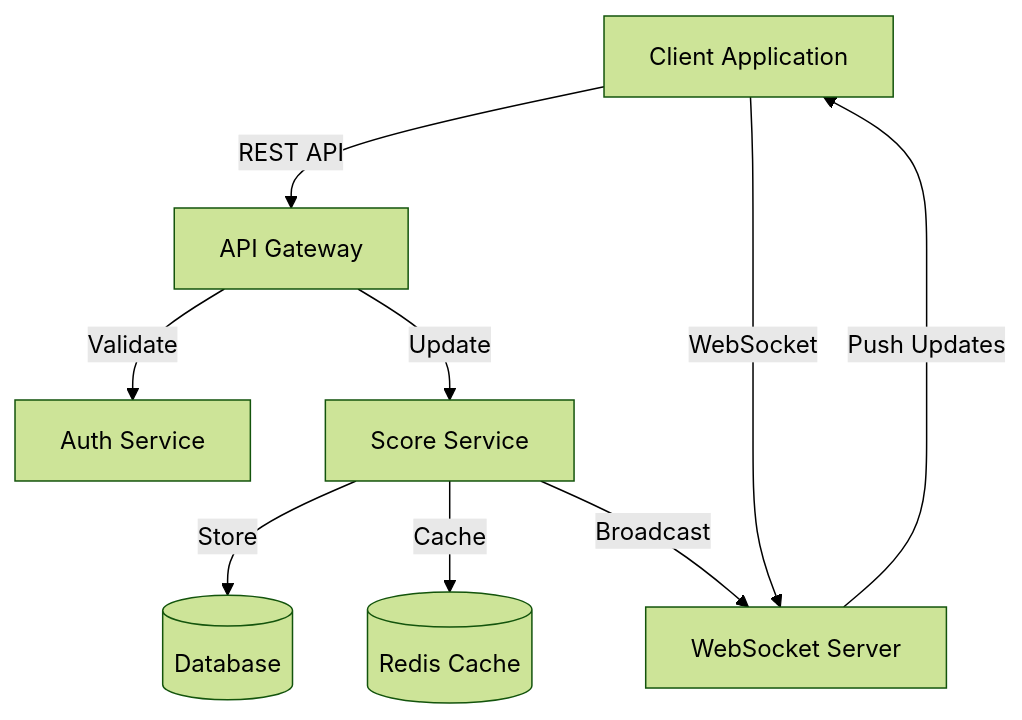
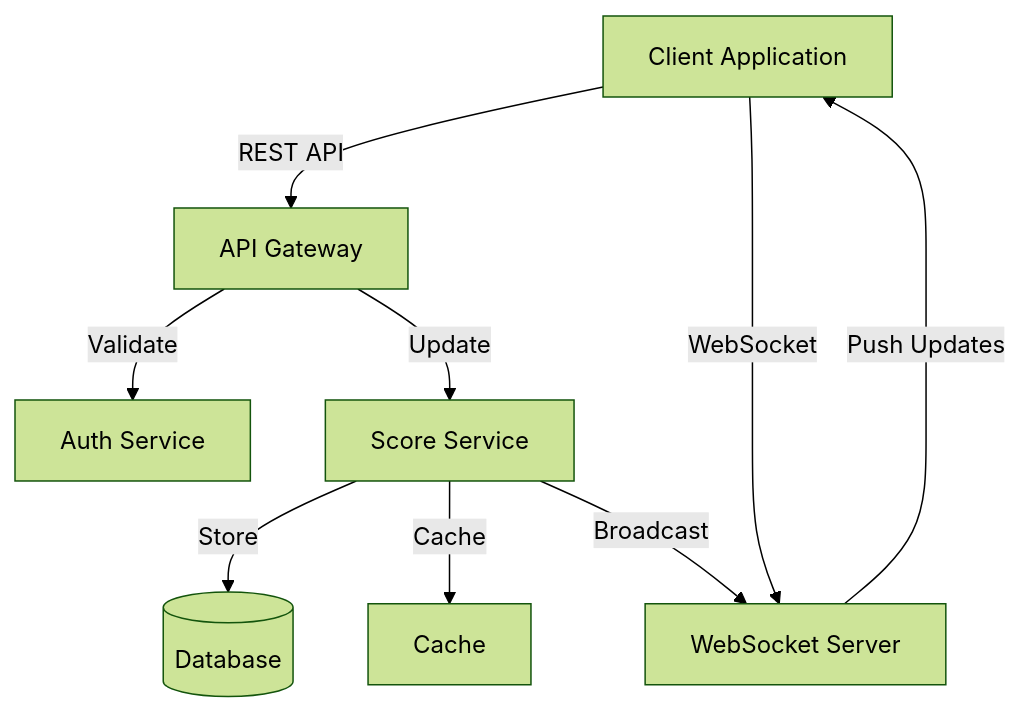
The second of 2 diagrams in src/problem6/readme.md (hotai1806/HoTanTai), drawn with Mermaid (forest theme) before and after one commit. The commit also changed other lines of this file, not shown here.

Commit message:
[Update] remove Redis in architect and add TODO solve problem

````diff
--- a/src/problem6/readme.md
+++ b/src/problem6/readme.md
@@ -212,19 +212,19 @@
 ```mermaid
 flowchart TB
     Client[Client Application]
     Gateway[API Gateway]
     Auth[Auth Service]
     Score[Score Service]
-    Cache[(Redis Cache)]
+
     WS[WebSocket Server]
     DB[(Database)]
 
     Client -->|REST API| Gateway
     Client -->|WebSocket| WS
     Gateway -->|Validate| Auth
     Gateway -->|Update| Score
     Score -->|Store| DB
     Score -->|Cache| Cache
     Score -->|Broadcast| WS
     WS -->|Push Updates| Client
 ```
````
